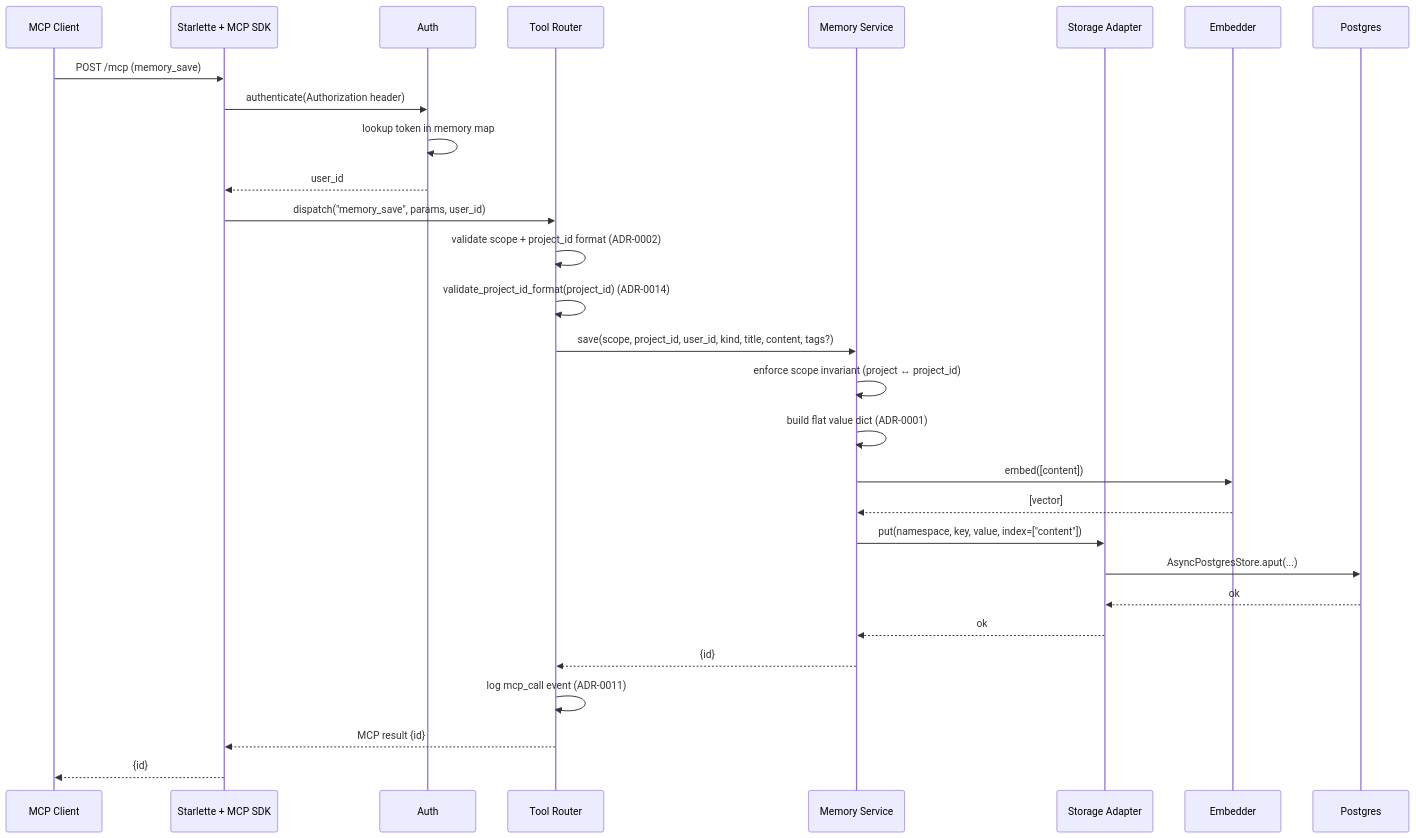
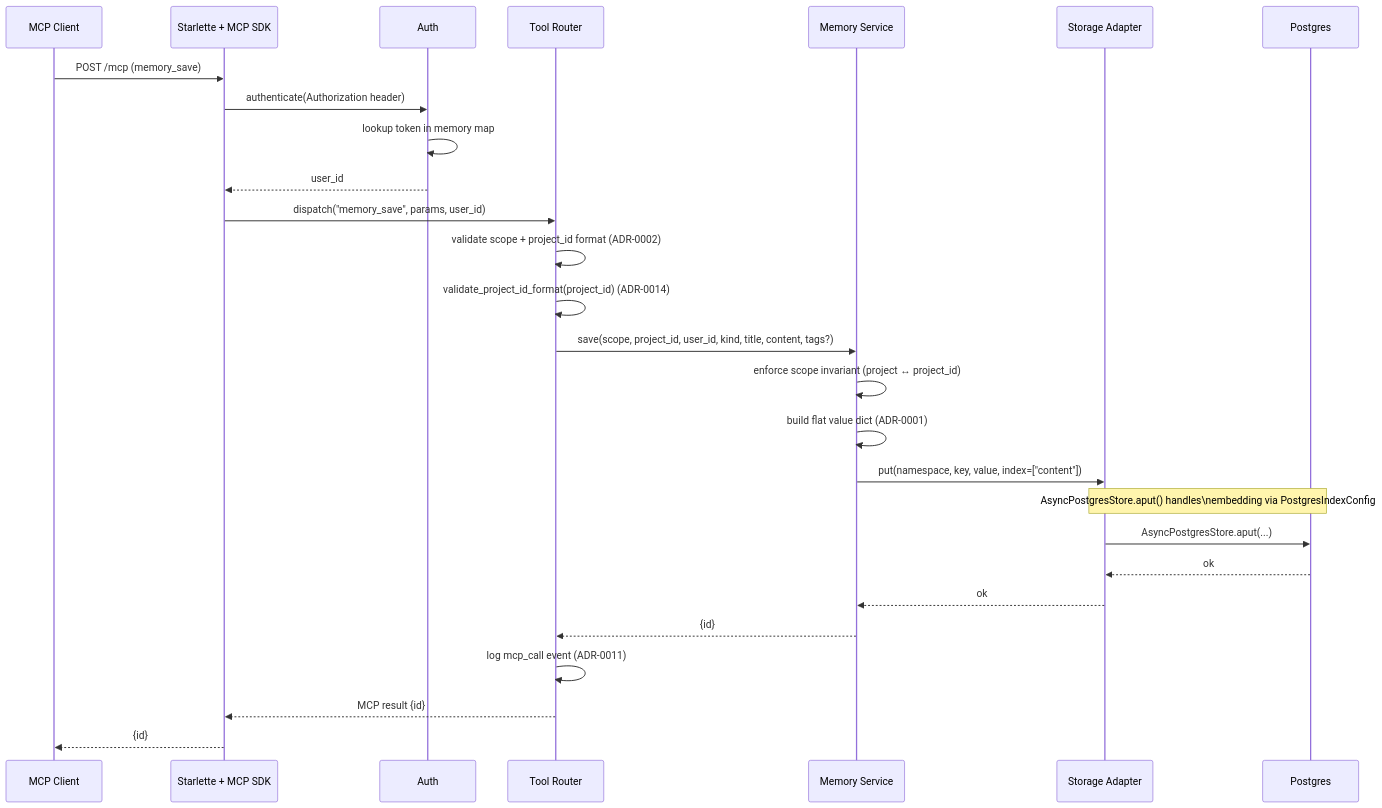
The first of 4 diagrams in docs/design/v2/lld-e1-one-memory-e2e.md (mironyx/recall), drawn with Mermaid before and after one commit. The commit also changed other lines of this file, not shown here.

Commit message:
docs: fix double-embedding design conflict in E1 LLD — AsyncPostgresStore owns embedding, MemoryService delegates

````diff
--- a/docs/design/v2/lld-e1-one-memory-e2e.md
+++ b/docs/design/v2/lld-e1-one-memory-e2e.md
@@ -33,32 +33,30 @@
 ```mermaid
 sequenceDiagram
     participant Agent as MCP Client
     participant Transport as Starlette + MCP SDK
     participant Auth as Auth
     participant Router as Tool Router
     participant MS as Memory Service
     participant SA as Storage Adapter
-    participant Emb as Embedder
     participant DB as Postgres
 
     Agent->>Transport: POST /mcp (memory_save)
     Transport->>Auth: authenticate(Authorization header)
     Auth->>Auth: lookup token in memory map
     Auth-->>Transport: user_id
     Transport->>Router: dispatch("memory_save", params, user_id)
     Router->>Router: validate scope + project_id format (ADR-0002)
     Router->>Router: validate_project_id_format(project_id) (ADR-0014)
     Router->>MS: save(scope, project_id, user_id, kind, title, content, tags?)
     MS->>MS: enforce scope invariant (project ↔ project_id)
     MS->>MS: build flat value dict (ADR-0001)
-    MS->>Emb: embed([content])
-    Emb-->>MS: [vector]
     MS->>SA: put(namespace, key, value, index=["content"])
+    Note over SA,DB: AsyncPostgresStore.aput() handles\nembedding via PostgresIndexConfig
     SA->>DB: AsyncPostgresStore.aput(...)
     DB-->>SA: ok
     SA-->>MS: ok
     MS-->>Router: {id}
     Router->>Router: log mcp_call event (ADR-0011)
     Router-->>Transport: MCP result {id}
     Transport-->>Agent: {id}
 ```
````
